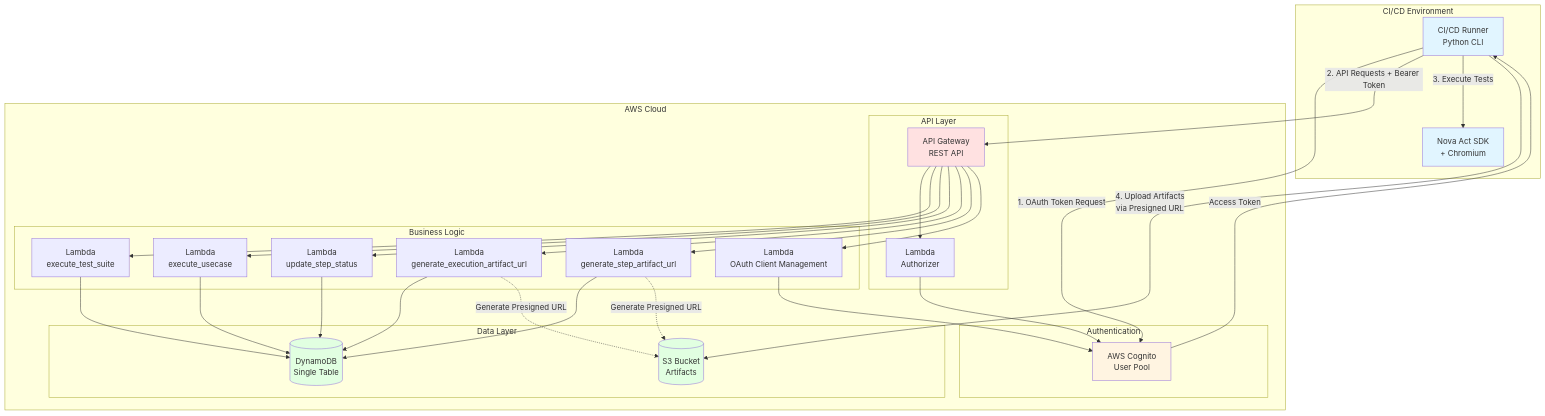
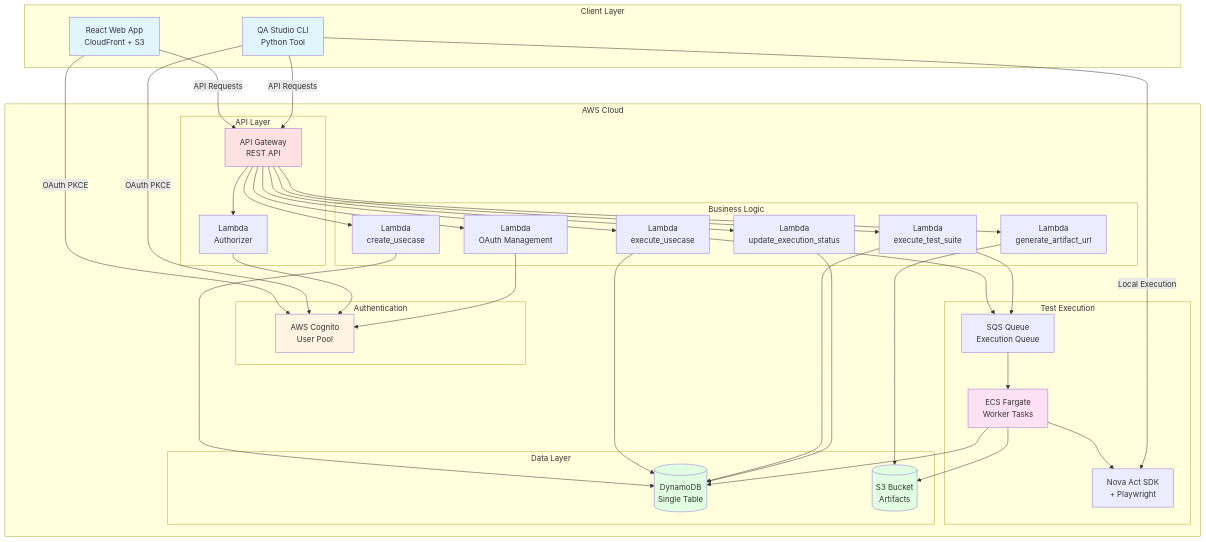
The first of 5 diagrams in docs/architecture.md (aws-samples/sample-qa-studio), drawn with Mermaid before and after one commit. The commit also changed other lines of this file and 12 other files, not shown here.

````diff
--- a/docs/architecture.md
+++ b/docs/architecture.md
@@ -19,67 +20,78 @@
 ```mermaid
 graph TB
-    subgraph "CI/CD Environment"
-        Runner[CI/CD Runner<br/>Python CLI]
-        NovaAct[Nova Act SDK<br/>+ Chromium]
+    subgraph "Client Layer"
+        WebUI[React Web App<br/>CloudFront + S3]
+        CLI[QA Studio CLI<br/>Python Tool]
     end
     
     subgraph "AWS Cloud"
         subgraph "Authentication"
             Cognito[AWS Cognito<br/>User Pool]
         end
         
         subgraph "API Layer"
             APIGW[API Gateway<br/>REST API]
             Authorizer[Lambda<br/>Authorizer]
         end
         
         subgraph "Business Logic"
+            CreateUsecase[Lambda<br/>create_usecase]
+            ExecUsecase[Lambda<br/>execute_usecase]
             ExecSuite[Lambda<br/>execute_test_suite]
-            ExecUsecase[Lambda<br/>execute_usecase]
-            UpdateStatus[Lambda<br/>update_step_status]
-            GenExecArtifact[Lambda<br/>generate_execution_artifact_url]
-            GenStepArtifact[Lambda<br/>generate_step_artifact_url]
-            OAuthMgmt[Lambda<br/>OAuth Client Management]
+            UpdateStatus[Lambda<br/>update_execution_status]
+            GenArtifact[Lambda<br/>generate_artifact_url]
+            OAuthMgmt[Lambda<br/>OAuth Management]
+        end
+        
+        subgraph "Test Execution"
+            SQS[SQS Queue<br/>Execution Queue]
+            ECS[ECS Fargate<br/>Worker Tasks]
+            NovaAct[Nova Act SDK<br/>+ Playwright]
         end
         
         subgraph "Data Layer"
             DynamoDB[(DynamoDB<br/>Single Table)]
             S3[(S3 Bucket<br/>Artifacts)]
         end
     end
     
-    Runner -->|1. OAuth Token Request| Cognito
-    Cognito -->|Access Token| Runner
+    WebUI -->|OAuth PKCE| Cognito
+    CLI -->|OAuth PKCE| Cognito
     
-    Runner -->|2. API Requests + Bearer Token| APIGW
+    WebUI -->|API Requests| APIGW
+    CLI -->|API Requests| APIGW
+    
     APIGW --> Authorizer
     Authorizer --> Cognito
     
+    APIGW --> CreateUsecase
+    APIGW --> ExecUsecase
     APIGW --> ExecSuite
-    APIGW --> ExecUsecase
     APIGW --> UpdateStatus
-    APIGW --> GenExecArtifact
-    APIGW --> GenStepArtifact
+    APIGW --> GenArtifact
     APIGW --> OAuthMgmt
     
+    CreateUsecase --> DynamoDB
+    ExecUsecase --> DynamoDB
+    ExecUsecase --> SQS
     ExecSuite --> DynamoDB
-    ExecUsecase --> DynamoDB
+    ExecSuite --> SQS
     UpdateStatus --> DynamoDB
-    GenExecArtifact --> DynamoDB
-    GenStepArtifact --> DynamoDB
+    GenArtifact --> S3
     OAuthMgmt --> Cognito
     
-    Runner -->|3. Execute Tests| NovaAct
+    SQS --> ECS
+    ECS --> NovaAct
+    ECS --> DynamoDB
+    ECS --> S3
     
-    Runner -->|4. Upload Artifacts<br/>via Presigned URL| S3
+    CLI -->|Local Execution| NovaAct
     
-    GenExecArtifact -.->|Generate Presigned URL| S3
-    GenStepArtifact -.->|Generate Presigned URL| S3
-    
-    style Runner fill:#e1f5ff
-    style NovaAct fill:#e1f5ff
+    style WebUI fill:#e1f5ff
+    style CLI fill:#e1f5ff
     style Cognito fill:#fff4e1
     style APIGW fill:#ffe1e1
+    style ECS fill:#ffe1f5
     style DynamoDB fill:#e1ffe1
     style S3 fill:#e1ffe1
 ```
````
